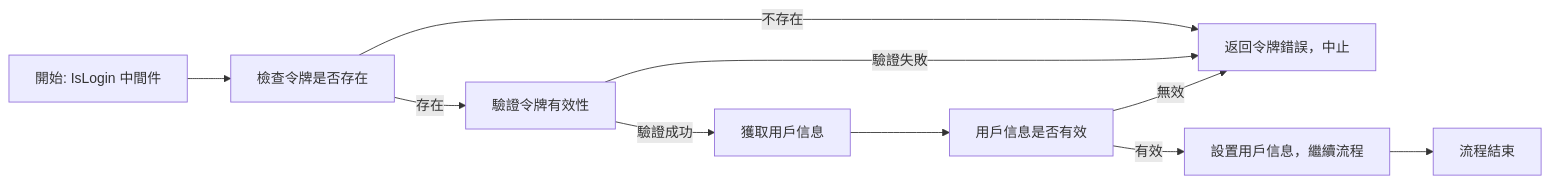
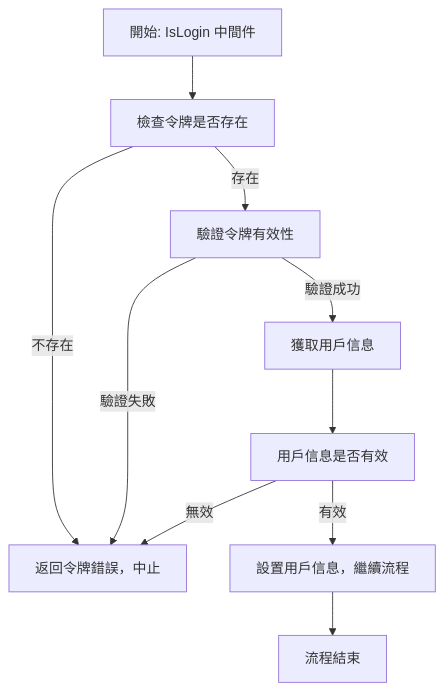
One commit to rickylin614/im changed the fourth of 4 diagrams in README.md. Above: the diagram before and after it, drawn with Mermaid. The commit also changed other lines of this file and 1 other file, not shown here.

````diff
--- a/README.md
+++ b/README.md
@@ -66,12 +66,13 @@
 ```mermaid
-graph LR
+graph TD
     A[開始: IsLogin 中間件] --> B[檢查令牌是否存在]
     B -- 不存在 --> C[返回令牌錯誤，中止]
     B -- 存在 --> D[驗證令牌有效性]
     D -- 驗證失敗 --> C
     D -- 驗證成功 --> E[獲取用戶信息]
     E --> F[用戶信息是否有效]
     F -- 無效 --> C
     F -- 有效 --> G[設置用戶信息，繼續流程]
-    G --> H[流程結束]
+    G --> H[流程結束] 
+    
 ```
````
